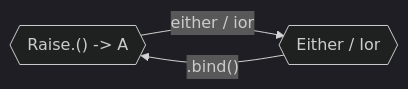
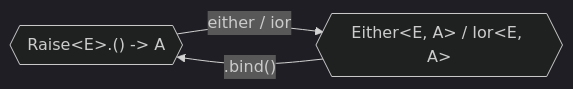
The diagram in content/docs/learn/typed-errors/either_ior.md (arrow-kt/arrow-website), drawn with Mermaid (dark theme) before and after one commit. The commit also changed 18 other files, not shown here.

````diff
--- a/content/docs/learn/typed-errors/either_ior.md
+++ b/content/docs/learn/typed-errors/either_ior.md
@@ -73,7 +73,7 @@
 ```mermaid
 graph LR;
-  raise{{"Raise<E>.() -> A"}};
-  other{{"Either<E, A> / Ior<E, A>"}};
+  raise{{"Raise&lt;E&gt;.() -> A"}};
+  other{{"Either&lt;E, A&gt; / Ior&lt;E, A&gt;"}};
   raise-->|either / ior|other;
   other-->|".bind()"|raise;
 ```
````
